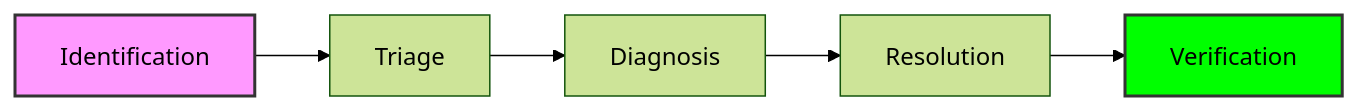
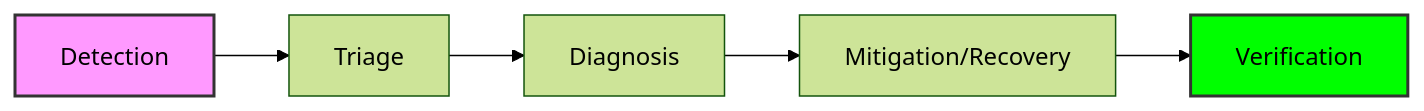
The diagram in docs/systems-thinking/mean-time-to-recovery.md (vaishvanara/techwritingkb), drawn with Mermaid (forest theme) before and after one commit. The commit also changed other lines of this file and 26 other files, not shown here.

````diff
--- a/docs/systems-thinking/mean-time-to-recovery.md
+++ b/docs/systems-thinking/mean-time-to-recovery.md
@@ -25,9 +25,9 @@
 ```mermaid
 graph LR
-    A[Identification] --> B[Triage]
+    A[Detection] --> B[Triage]
     B --> C[Diagnosis]
-    C --> D[Resolution]
+    C --> D[Mitigation/Recovery]
     D --> E[Verification]
     style A fill:#f9f,stroke:#333,stroke-width:2px
     style E fill:#00ff00,stroke:#333,stroke-width:2px
 ```
````
